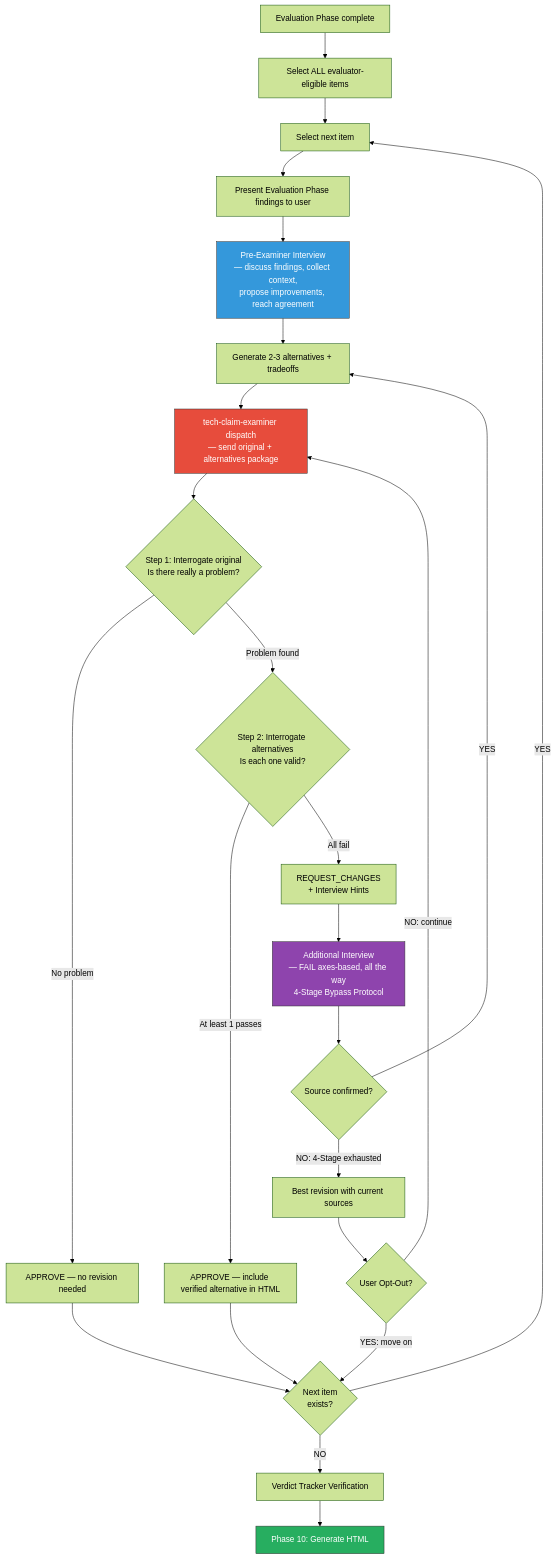
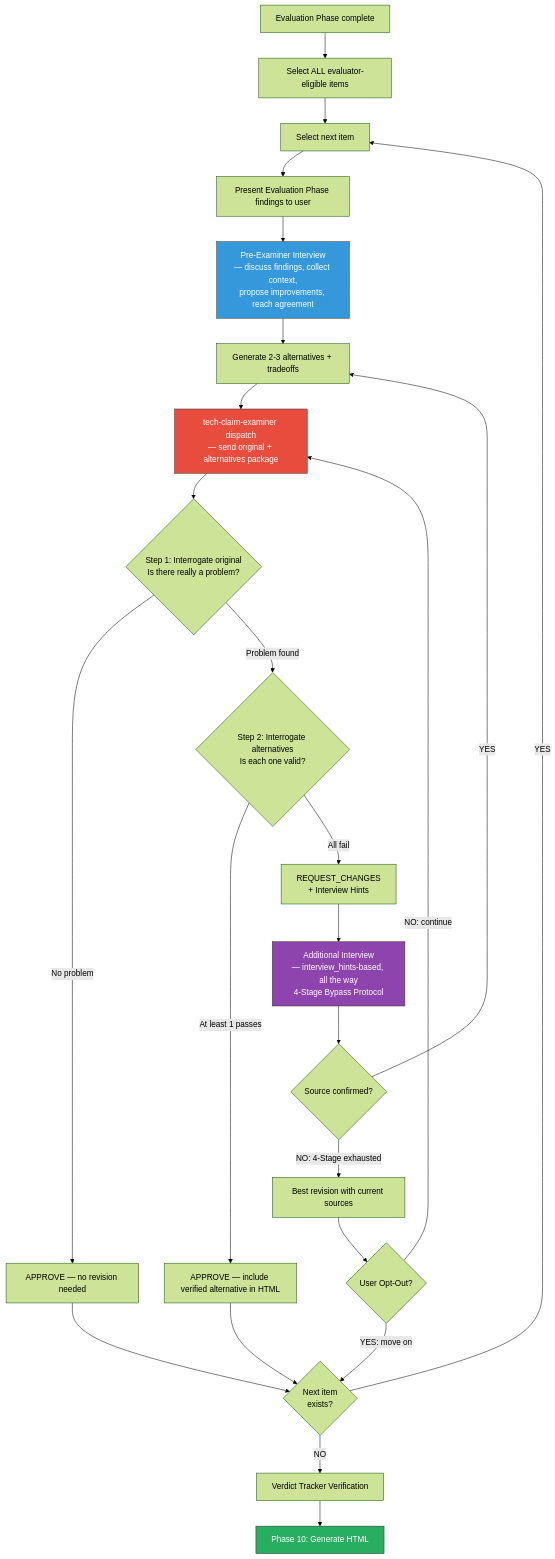
One commit to toongri/oh-my-toong-playground changed the diagram in skills/review-resume/references/content-quality-gate.md. Above: the diagram before and after it, drawn with Mermaid (forest theme). The commit also changed 1 other file, not shown here.

Commit message:
fix(review-resume): flowchart blackbox contract 정합
flowchart 노드의 "explain FAIL axes"/"FAIL axes-based" 잔존 표현이
blackbox contract(final_verdict + interview_hints만 소비)와 모순.
"interview_hints-based" 표현으로 교체.

````diff
--- a/skills/review-resume/references/content-quality-gate.md
+++ b/skills/review-resume/references/content-quality-gate.md
@@ -323,36 +323,36 @@
 ```mermaid
 flowchart TB
     A[Evaluation Phase complete] --> B[Select ALL evaluator-eligible items]
     B --> C[Select next item]
     C --> PRESENT[Present Evaluation Phase findings to user]
     PRESENT --> INTERVIEW_PRE[Pre-Examiner Interview\n— discuss findings, collect context,\npropose improvements, reach agreement]
     INTERVIEW_PRE --> D[Generate 2-3 alternatives + tradeoffs]
     D --> H[tech-claim-examiner dispatch\n— send original + alternatives package]
 
     H --> DIAG{Step 1: Interrogate original\nIs there really a problem?}
     DIAG -->|No problem| APPROVE_ORIG[APPROVE — no revision needed]
     DIAG -->|Problem found| ALTEVAL{Step 2: Interrogate alternatives\nIs each one valid?}
 
     ALTEVAL -->|At least 1 passes| APPROVE_ALT[APPROVE — include verified alternative in HTML]
     ALTEVAL -->|All fail| K[REQUEST_CHANGES\n+ Interview Hints]
 
-    K --> L[Additional Interview\n— FAIL axes-based, all the way\n4-Stage Bypass Protocol]
+    K --> L[Additional Interview\n— interview_hints-based, all the way\n4-Stage Bypass Protocol]
     L --> M{Source confirmed?}
     M -->|YES| D
     M -->|NO: 4-Stage exhausted| N[Best revision with current sources]
     N --> O{User Opt-Out?}
     O -->|YES: move on| J
     O -->|NO: continue| H
 
     APPROVE_ORIG --> J{Next item\nexists?}
     APPROVE_ALT --> J
 
     J -->|YES| C
     J -->|NO| VERDICT[Verdict Tracker Verification]
     VERDICT --> P[Phase 10: Generate HTML]
 
     style H fill:#e74c3c,stroke:#333,color:#fff
     style INTERVIEW_PRE fill:#3498db,stroke:#333,color:#fff
     style L fill:#8e44ad,stroke:#333,color:#fff
     style P fill:#27ae60,stroke:#333,color:#fff
 ```
````
